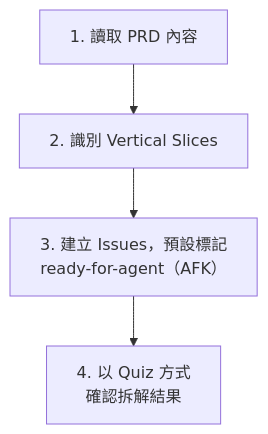
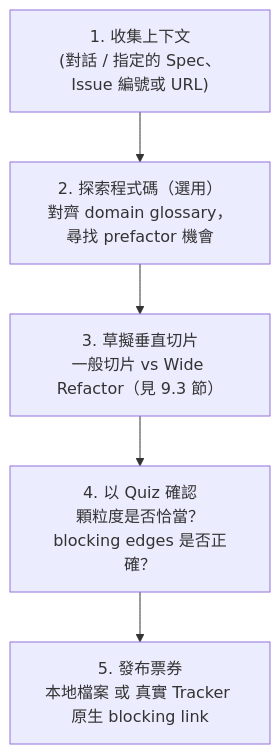
Before and after one commit to chihhung/Blog: the eighth of 15 diagrams in content/posts/教學/AI開發/mattpocock skills 教學手冊.md, drawn with Mermaid. The commit also changed other lines of this file, not shown here.

````diff
--- a/content/posts/教學/AI開發/mattpocock skills 教學手冊.md
+++ b/content/posts/教學/AI開發/mattpocock skills 教學手冊.md
@@ -1467,6 +1516,7 @@
 ```mermaid
 flowchart TD
-    A["1. 讀取 PRD 內容"] --> B["2. 識別 Vertical Slices"]
-    B --> C["3. 建立 Issues，預設標記<br/>ready-for-agent（AFK）"]
-    C --> D["4. 以 Quiz 方式<br/>確認拆解結果"]
+    A["1. 收集上下文<br/>(對話 / 指定的 Spec、Issue 編號或 URL)"] --> B["2. 探索程式碼（選用）<br/>對齊 domain glossary，尋找 prefactor 機會"]
+    B --> C["3. 草擬垂直切片<br/>一般切片 vs Wide Refactor（見 9.3 節）"]
+    C --> D["4. 以 Quiz 確認<br/>顆粒度是否恰當？blocking edges 是否正確？"]
+    D --> E["5. 發布票券<br/>本地檔案 或 真實 Tracker 原生 blocking link"]
 ```
````
